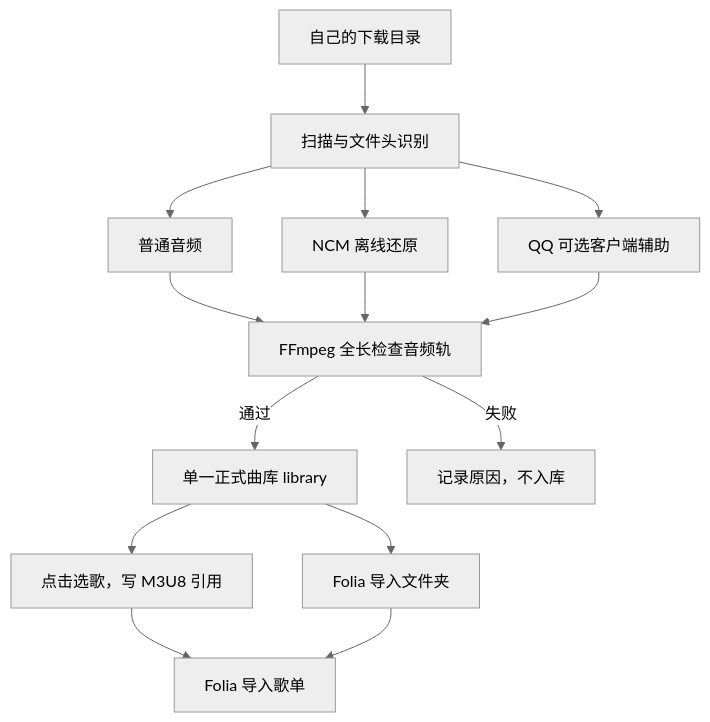
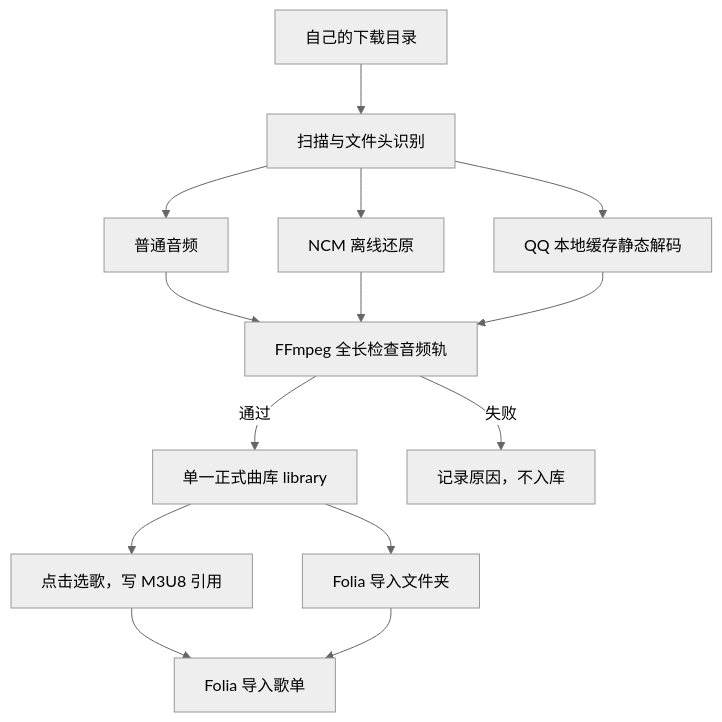
One commit to AAAxlt/local-music-toolkit changed the diagram in README.md. Above: the diagram before and after it, drawn with Mermaid (neutral theme). The commit also changed other lines of this file and 34 other files, not shown here.

````diff
--- a/README.md
+++ b/README.md
@@ -31,16 +38,16 @@
 ```mermaid
 flowchart TD
     A[自己的下载目录] --> B[扫描与文件头识别]
     B --> C[普通音频]
     B --> D[NCM 离线还原]
-    B --> E[QQ 可选客户端辅助]
+    B --> E[QQ 本地缓存静态解码]
     C --> F[FFmpeg 全长检查音频轨]
     D --> F
     E --> F
     F -->|通过| G[单一正式曲库 library]
     F -->|失败| H[记录原因，不入库]
     G --> I[Folia 导入文件夹]
     G --> J[点击选歌，写 M3U8 引用]
     J --> K[Folia 导入歌单]
     I --> K
 ```
````
